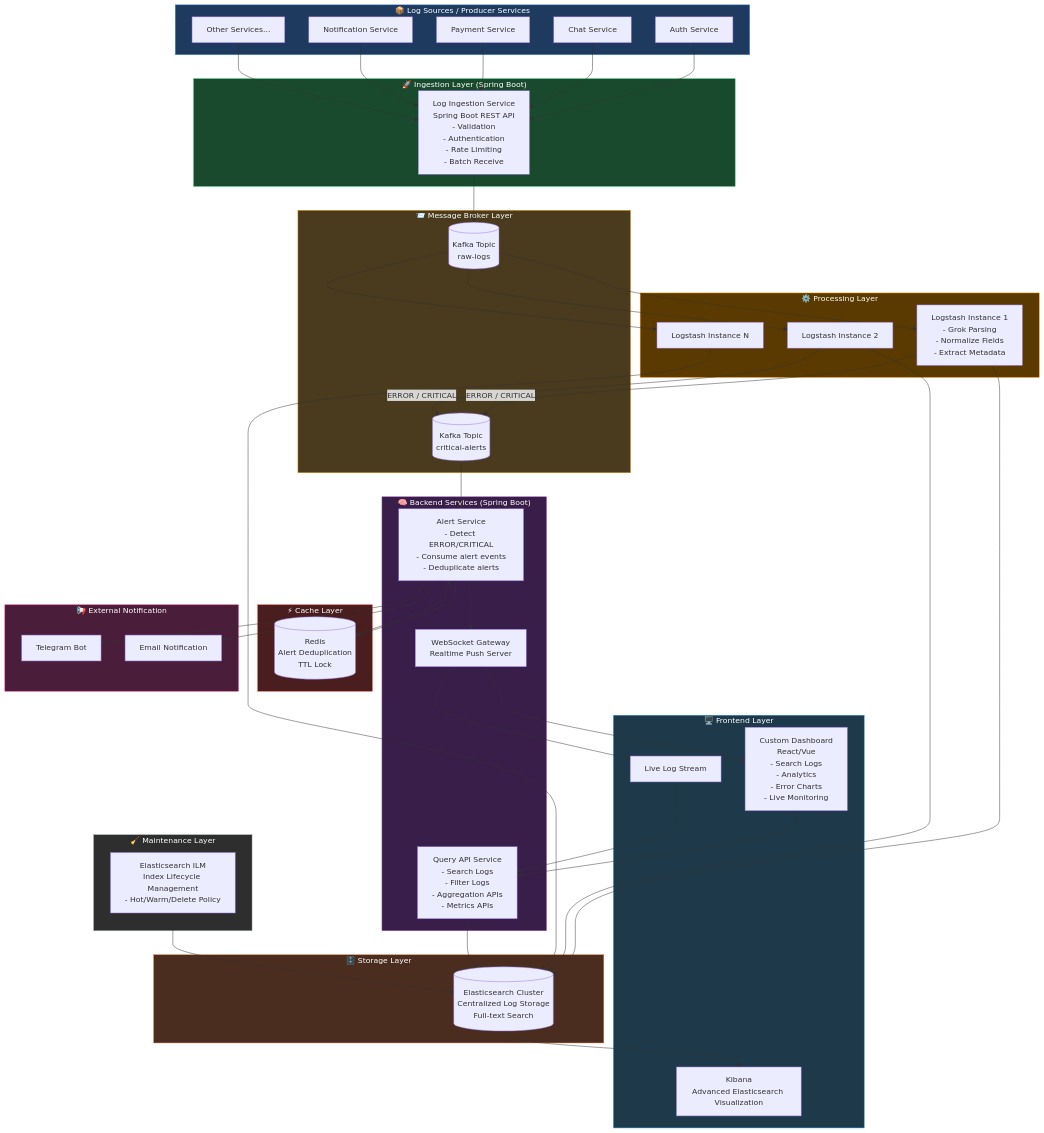
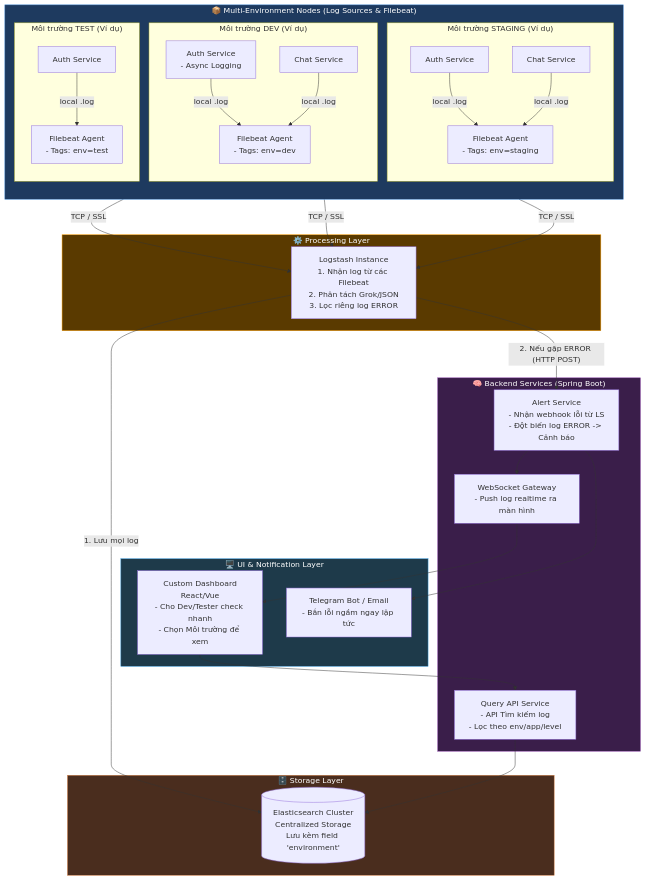
The diagram in docs/architecure.md (NgnTienDat/Log-Monitor-and-Alert-System), drawn with Mermaid before and after one commit. The commit also changed 76 other files, not shown here.

````diff
--- a/docs/architecure.md
+++ b/docs/architecure.md
@@ -2,165 +2,88 @@
 flowchart TD
 
     %% =========================
-    %% LOG PRODUCERS
+    %% LOG PRODUCERS & AGENTS (MULTI-ENV)
     %% =========================
-    subgraph SOURCES["📦 Log Sources / Producer Services"]
-        A1[Auth Service]
-        A2[Chat Service]
-        A3[Payment Service] 
-        A4[Notification Service]
-        AN[Other Services...]
-    end
+    subgraph SOURCES["📦 Multi-Environment Nodes (Log Sources & Filebeat)"]
+        direction TB
+        
+        subgraph ENV_DEV["Môi trường DEV (Ví dụ)"]
+            A1[Auth Service\n- Async Logging] -->|local .log| FB1[Filebeat Agent\n- Tags: env=dev]
+            A2[Chat Service] -->|local .log| FB1
+        end
 
- 
-    %% =========================
-    %% INGESTION LAYER
-    %% =========================
-    subgraph INGEST["🚀 Ingestion Layer (Spring Boot)"]
-        API[Log Ingestion Service\nSpring Boot REST API\n- Validation\n- Authentication\n- Rate Limiting\n- Batch Receive]
-    end
-
-
-    %% =========================
-    %% MESSAGE BROKER
-    %% =========================
-    subgraph MQ["📨 Message Broker Layer"]
-        KAFKA1[(Kafka Topic\nraw-logs)]
-        KAFKA2[(Kafka Topic\ncritical-alerts)]
+        subgraph ENV_STAGING["Môi trường STAGING (Ví dụ)"]
+            B1[Auth Service] -->|local .log| FB2[Filebeat Agent\n- Tags: env=staging]
+            B2[Chat Service] -->|local .log| FB2
+        end
+        
+        subgraph ENV_TEST["Môi trường TEST (Ví dụ)"]
+            C1[Auth Service] -->|local .log| FB3[Filebeat Agent\n- Tags: env=test]
+        end
     end
 
     %% =========================
-    %% PROCESSING LAYER
+    %% PROCESSING LAYER (LOGSTASH)
     %% =========================
     subgraph PROCESS["⚙️ Processing Layer"]
-        LS1[Logstash Instance 1\n- Grok Parsing\n- Normalize Fields\n- Extract Metadata]
-        LS2[Logstash Instance 2]
-        LS3[Logstash Instance N]
+        LS[Logstash Instance\n1. Nhận log từ các Filebeat\n2. Phân tách Grok/JSON\n3. Lọc riêng log ERROR]
     end
-
 
     %% =========================
     %% STORAGE LAYER
     %% =========================
     subgraph STORAGE["🗄️ Storage Layer"]
-        ES[(Elasticsearch Cluster\nCentralized Log Storage\nFull-text Search)]
+        ES[(Elasticsearch Cluster\nCentralized Storage\nLưu kèm field 'environment')]
     end
 
+    %% =========================
+    %% BACKEND SERVICES (SPRING BOOT)
+    %% =========================
+    subgraph BACKEND["🧠 Backend Services (Spring Boot)"]
+        QUERY[Query API Service\n- API Tìm kiếm log\n- Lọc theo env/app/level]
+        
+        ALERT[Alert Service\n- Nhận webhook lỗi từ LS\n- Đột biến log ERROR -> Cảnh báo]
+        
+        WS[WebSocket Gateway\n- Push log realtime ra màn hình]
+    end
 
     %% =========================
-    %% CACHE LAYER
+    %% FRONTEND & NOTIFICATION
     %% =========================
-    subgraph CACHE["⚡ Cache Layer"]
-        REDIS[(Redis\nAlert Deduplication\nTTL Lock)]
+    subgraph FRONTEND_LAYER["🖥️ UI & Notification Layer"]
+        REACT[Custom Dashboard\nReact/Vue\n- Cho Dev/Tester check nhanh\n- Chọn Môi trường để xem]
+        TG[Telegram Bot / Email\n- Bắn lỗi ngầm ngay lập tức]
     end
 
+    %% =========================
+    %% FLOW DIRECTION
+    %% =========================
+
+    %% Filebeat các môi trường đẩy thẳng về cổng TCP của Logstash công ty
+    FB1 -->|TCP / SSL| LS
+    FB2 -->|TCP / SSL| LS
+    FB3 -->|TCP / SSL| LS
+
+    %% Logstash rẽ nhánh dữ liệu
+    LS -->|1. Lưu mọi log| ES
+    LS -- "2. Nếu gặp ERROR (HTTP POST)" --> ALERT
+
+    %% Luồng Query & Hiển thị
+    QUERY --> ES
+    REACT --> QUERY
+    
+    %% Luồng Cảnh báo
+    ALERT --> TG
+    ALERT --> WS
+    WS --> REACT
 
     %% =========================
-    %% ALERT / QUERY SERVICE
+    %% STYLE COLORS
     %% =========================
-    subgraph BACKEND["🧠 Backend Services (Spring Boot)"]
-
-        QUERY[Query API Service\n- Search Logs\n- Filter Logs\n- Aggregation APIs\n- Metrics APIs]
-
-        ALERT[Alert Service\n- Detect ERROR/CRITICAL\n- Consume alert events\n- Deduplicate alerts]
-
-        WS[WebSocket Gateway\nRealtime Push Server]
-
-    end
-
-
-    %% =========================
-    %% EXTERNAL NOTIFICATION
-    %% =========================
-    subgraph EXTERNAL["📢 External Notification"]
-        TG[Telegram Bot]
-        EMAIL[Email Notification]
-    end
-
-
-    %% =========================
-    %% FRONTEND
-    %% =========================
-    subgraph FRONTEND["🖥️ Frontend Layer"]
-
-        REACT[Custom Dashboard\nReact/Vue\n- Search Logs\n- Analytics\n- Error Charts\n- Live Monitoring]
-
-        LIVE[Live Log Stream]
-
-        KIBANA[Kibana\nAdvanced Elasticsearch Visualization]
-
-    end
-
-
-    %% =========================
-    %% MAINTENANCE
-    %% =========================
-    subgraph MAINTENANCE["🧹 Maintenance Layer"]
-
-        ILM[Elasticsearch ILM\nIndex Lifecycle Management\n- Hot/Warm/Delete Policy]
-
-    end
-
-
-
-    %% =========================
-    %% FLOW
-    %% =========================
-
-    A1 --> API
-    A2 --> API
-    A3 --> API
-    A4 --> API
-    AN --> API
-
-    API --> KAFKA1
-
-    KAFKA1 --> LS1
-    KAFKA1 --> LS2
-    KAFKA1 --> LS3
-
-    LS1 --> ES
-    LS2 --> ES
-    LS3 --> ES
-
-    LS1 -- "ERROR / CRITICAL" --> KAFKA2
-    LS2 -- "ERROR / CRITICAL" --> KAFKA2
-
-    KAFKA2 --> ALERT
-
-    ALERT --> REDIS
-    REDIS --> ALERT
-
-    ALERT --> TG
-    ALERT --> EMAIL
-    ALERT --> WS
-
-    WS --> REACT
-    WS --> LIVE
-
-    QUERY --> ES
-
-    REACT --> QUERY
-    LIVE --> QUERY
-
-    ES --> KIBANA
-
-    ILM --> ES
-
-
-
-    %% =========================
-    %% COLORS
-    %% =========================
-
     style SOURCES fill:#1e3a5f,color:#fff,stroke:#4a90d9
-    style INGEST fill:#1a4a2e,color:#fff,stroke:#27ae60
-    style MQ fill:#4a3a1e,color:#fff,stroke:#f39c12
     style PROCESS fill:#5a3a00,color:#fff,stroke:#ff9f00
     style STORAGE fill:#4a2d1e,color:#fff,stroke:#d9844a
-    style CACHE fill:#4a1e1e,color:#fff,stroke:#e74c3c
     style BACKEND fill:#3a1e4a,color:#fff,stroke:#9b59b6
-    style FRONTEND fill:#1e3a4a,color:#fff,stroke:#3498db
-    style EXTERNAL fill:#4a1e3a,color:#fff,stroke:#e84393
-    style MAINTENANCE fill:#2e2e2e,color:#fff,stroke:#95a5a6 
+    style FRONTEND_LAYER fill:#1e3a4a,color:#fff,stroke:#3498db
+
 ```
````
